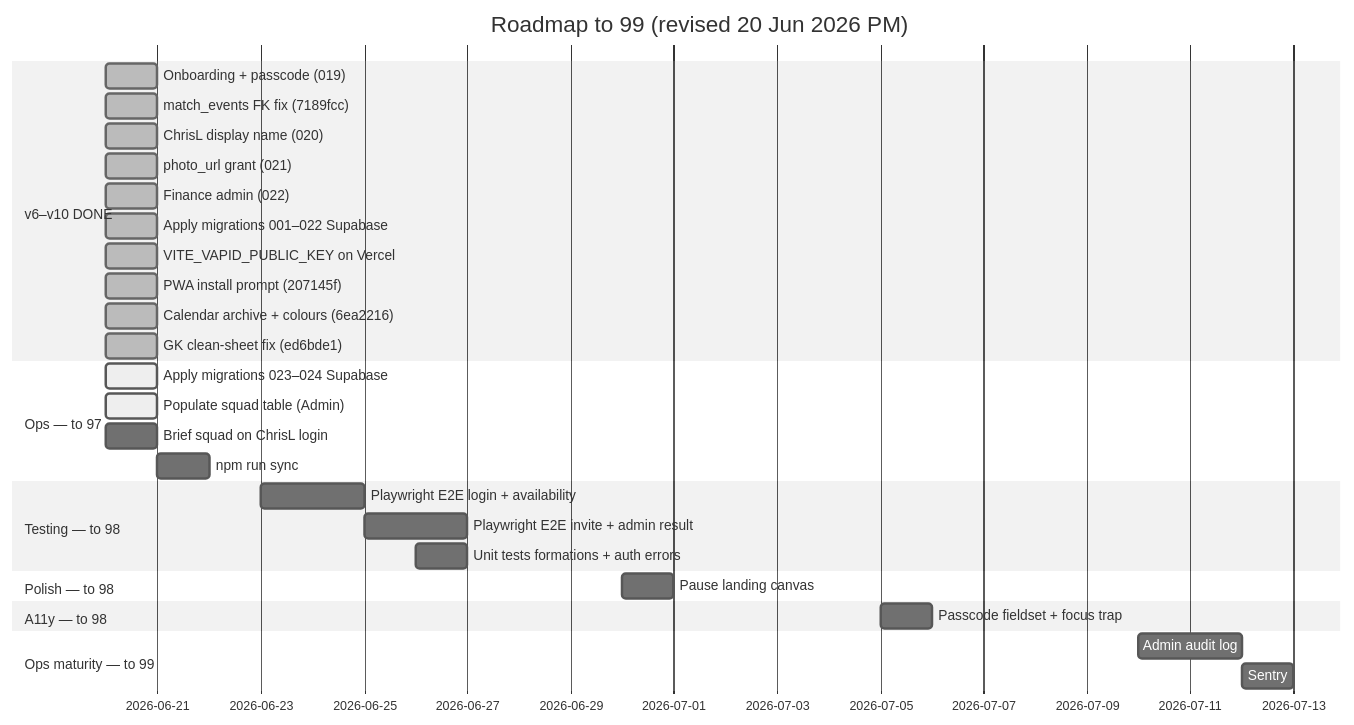
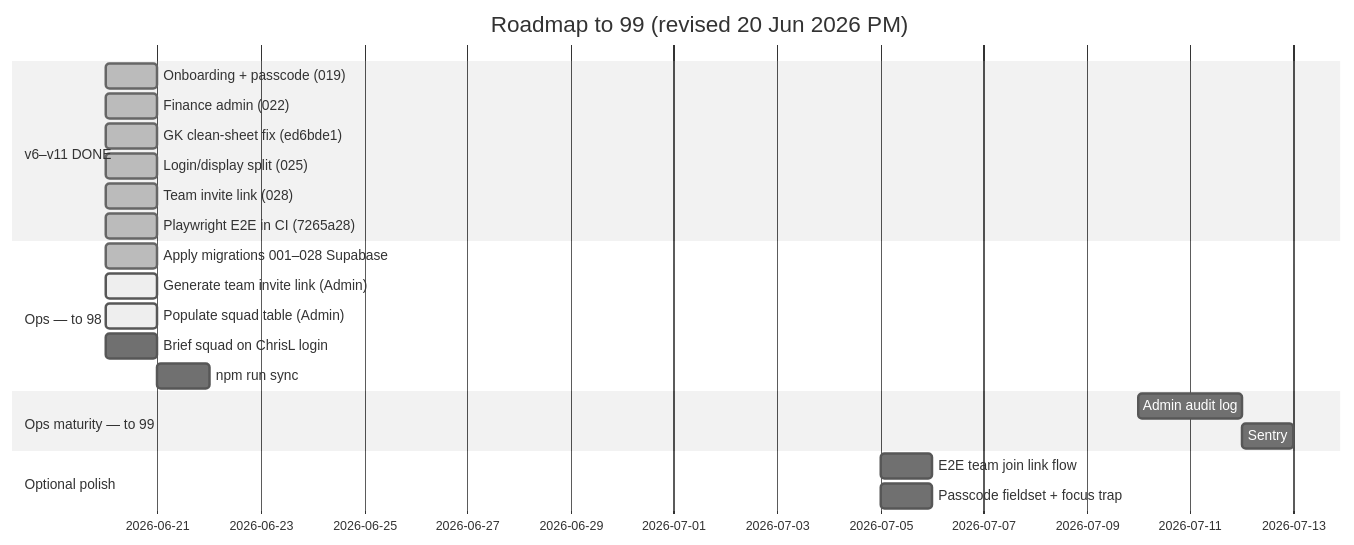
One commit to lewisjakewhite26/bmfcapp changed the diagram in docs/ROADMAP-99.md. Above: the diagram before and after it, drawn with Mermaid (neutral theme). The commit also changed other lines of this file and 3 other files, not shown here.

````diff
--- a/docs/ROADMAP-99.md
+++ b/docs/ROADMAP-99.md
@@ -56,32 +51,24 @@
 ```mermaid
 gantt
     title Roadmap to 99 (revised 20 Jun 2026 PM)
     dateFormat  YYYY-MM-DD
-    section v6–v10 DONE
+    section v6–v11 DONE
     Onboarding + passcode (019)           :done, v6, 2026-06-20, 1d
-    match_events FK fix (7189fcc)         :done, v7a, 2026-06-20, 1d
-    ChrisL display name (020)             :done, v7b, 2026-06-20, 1d
-    photo_url grant (021)                 :done, v7c, 2026-06-20, 1d
     Finance admin (022)                   :done, v8, 2026-06-20, 1d
-    Apply migrations 001–022 Supabase     :done, v9, 2026-06-20, 1d
-    VITE_VAPID_PUBLIC_KEY on Vercel       :done, v9b, 2026-06-20, 1d
-    PWA install prompt (207145f)          :done, v10a, 2026-06-20, 1d
-    Calendar archive + colours (6ea2216)  :done, v10b, 2026-06-20, 1d
     GK clean-sheet fix (ed6bde1)          :done, v10c, 2026-06-20, 1d
-    section Ops — to 97
-    Apply migrations 023–024 Supabase     :active, ops0, 2026-06-20, 1d
-    Populate squad table (Admin)          :active, ops1, 2026-06-20, 1d
-    Brief squad on ChrisL login           :ops2, 2026-06-20, 1d
-    npm run sync:ddsfl                      :ops3, 2026-06-21, 1d
-    section Testing — to 98
-    Playwright E2E login + availability   :t1, 2026-06-23, 2d
-    Playwright E2E invite + admin result  :t2, 2026-06-25, 2d
-    Unit tests formations + auth errors   :t3, 2026-06-26, 1d
-    section Polish — to 98
-    Pause landing canvas                  :p2, 2026-06-30, 1d
-    section A11y — to 98
-    Passcode fieldset + focus trap        :a1, 2026-07-05, 1d
+    Login/display split (025)             :done, v11a, 2026-06-20, 1d
+    Team invite link (028)                :done, v11b, 2026-06-20, 1d
+    Playwright E2E in CI (7265a28)        :done, v11c, 2026-06-20, 1d
+    section Ops — to 98
+    Apply migrations 001–028 Supabase     :done, ops0, 2026-06-20, 1d
+    Generate team invite link (Admin)     :active, ops1, 2026-06-20, 1d
+    Populate squad table (Admin)          :active, ops2, 2026-06-20, 1d
+    Brief squad on ChrisL login           :ops3, 2026-06-20, 1d
+    npm run sync:ddsfl                      :ops4, 2026-06-21, 1d
     section Ops maturity — to 99
     Admin audit log                       :o1, 2026-07-10, 2d
     Sentry                                :o2, 2026-07-12, 1d
+    section Optional polish
+    E2E team join link flow               :t1, 2026-07-05, 1d
+    Passcode fieldset + focus trap        :a1, 2026-07-05, 1d
 ```
````
